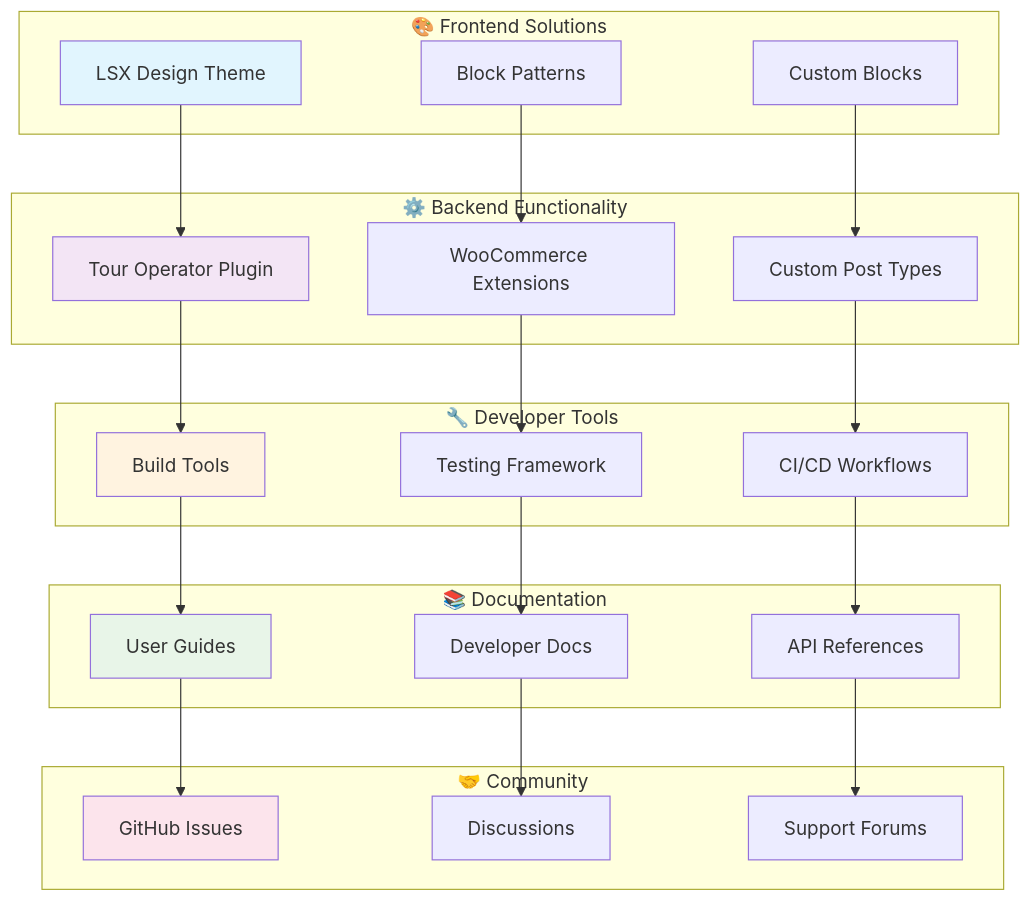
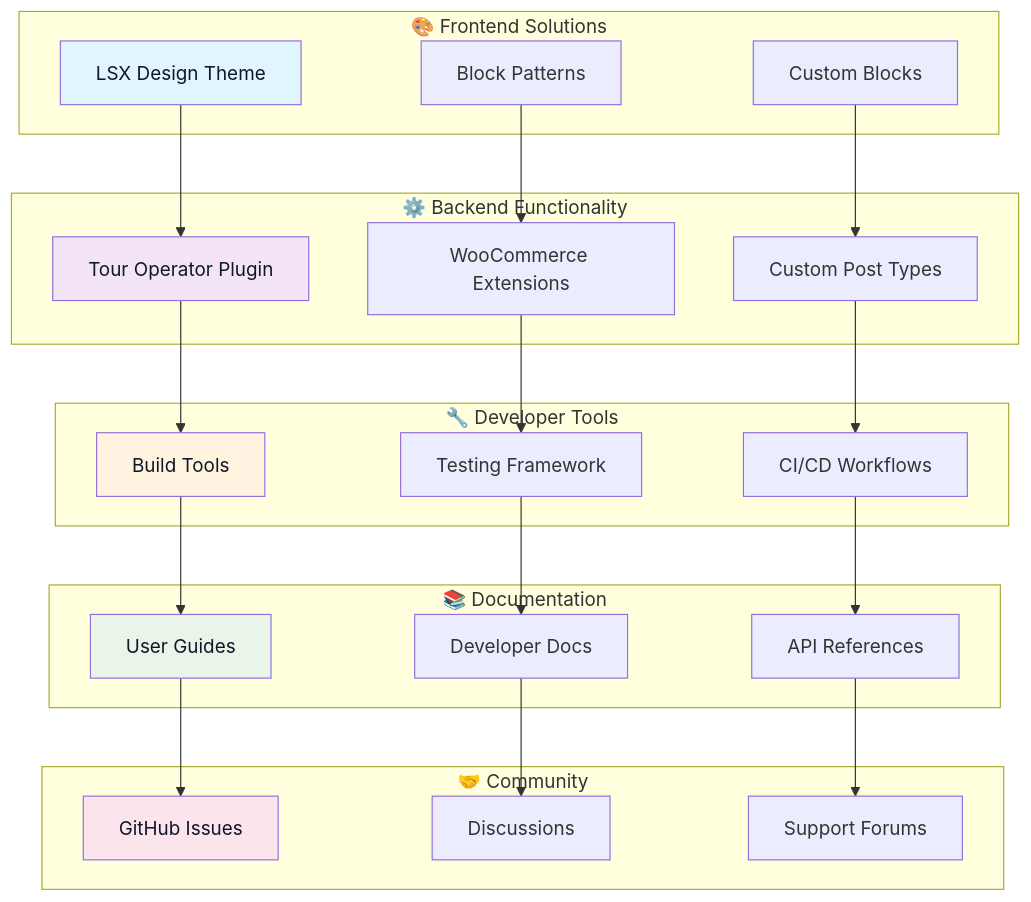
Before and after one commit to lightspeedwp/.github: the third of 4 diagrams in profile/README.md, drawn with Mermaid. The commit also changed other lines of this file and 6 other files, not shown here.

First line of the commit message:
fix(mermaid): add explicit color specifications to resolve WCAG 2.2 AA contrast failures in dark mode

````diff
--- a/profile/README.md
+++ b/profile/README.md
@@ -158,54 +158,54 @@
 ```mermaid
 graph TB
     subgraph "🎨 Frontend Solutions"
         A[LSX Design Theme]
         B[Block Patterns]
         C[Custom Blocks]
     end
 
     subgraph "⚙️ Backend Functionality"
         D[Tour Operator Plugin]
         E[WooCommerce Extensions]
         F[Custom Post Types]
     end
 
     subgraph "🔧 Developer Tools"
         G[Build Tools]
         H[Testing Framework]
         I[CI/CD Workflows]
     end
 
     subgraph "📚 Documentation"
         J[User Guides]
         K[Developer Docs]
         L[API References]
     end
 
     subgraph "🤝 Community"
         M[GitHub Issues]
         N[Discussions]
         O[Support Forums]
     end
 
     A --> D
     B --> E
     C --> F
 
     D --> G
     E --> H
     F --> I
 
     G --> J
     H --> K
     I --> L
 
     J --> M
     K --> N
     L --> O
 
-    style A fill:#e1f5fe
-    style D fill:#f3e5f5
-    style G fill:#fff3e0
-    style J fill:#e8f5e8
-    style M fill:#fce4ec
+    style A fill:#e1f5fe,color:#0f172a
+    style D fill:#f3e5f5,color:#0f172a
+    style G fill:#fff3e0,color:#0f172a
+    style J fill:#e8f5e8,color:#0f172a
+    style M fill:#fce4ec,color:#0f172a
 ```
````
